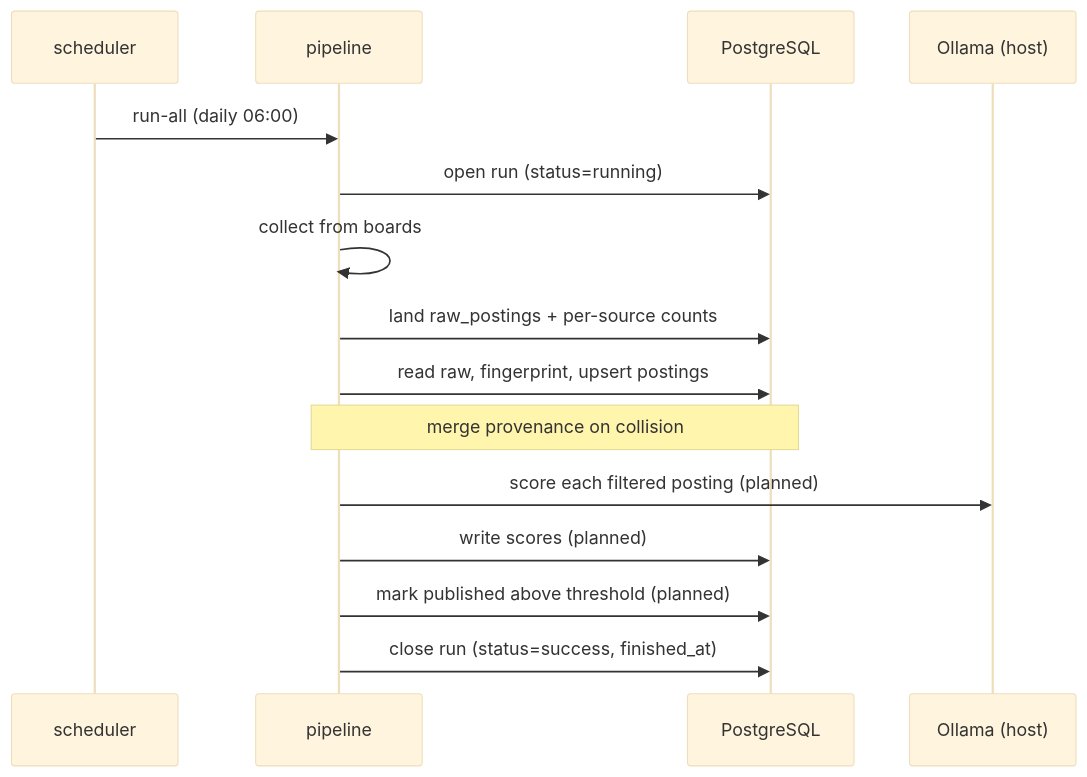
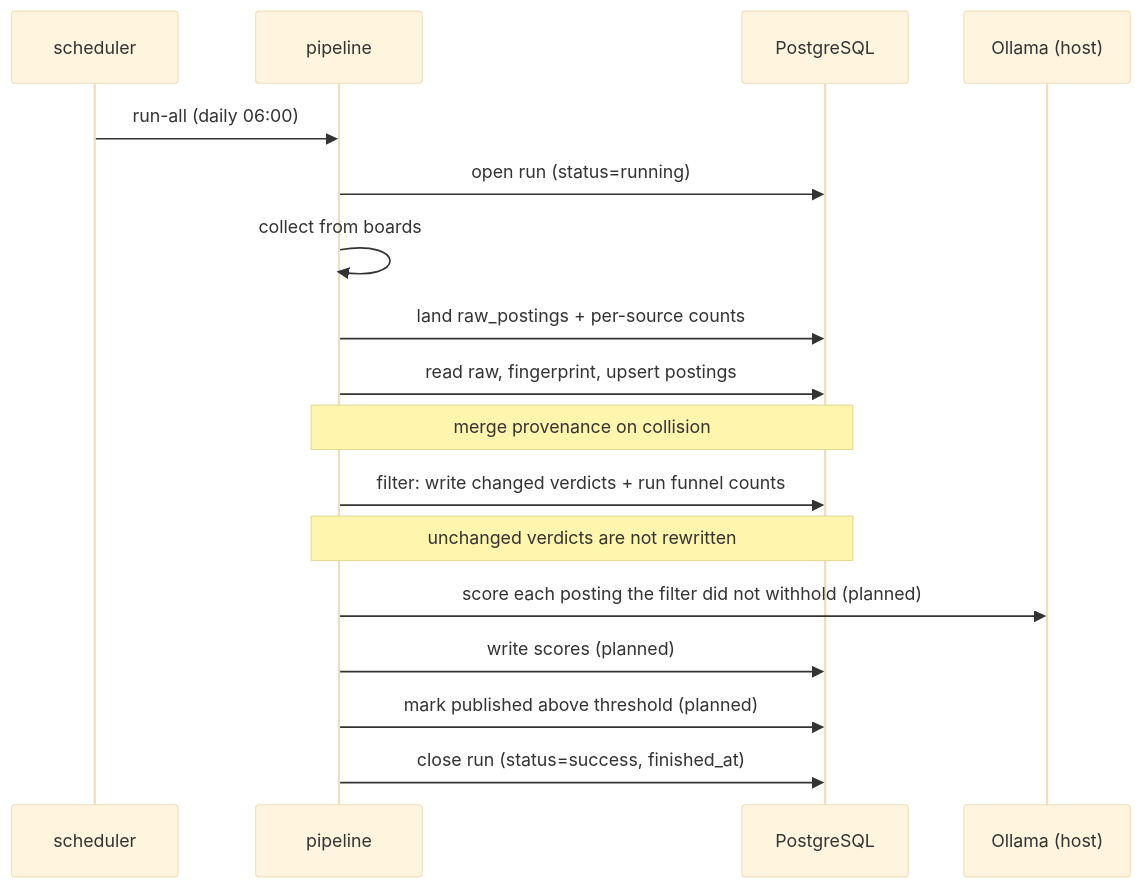
The second of 2 diagrams in Docs/design/system-architecture.md (MoKenawy/Automatic-Job-search), drawn with Mermaid (base theme) before and after one commit. The commit also changed other lines of this file and 4 other files, not shown here.

First line of the commit message:
docs: document the filter stage in the README and architecture

````diff
--- a/Docs/design/system-architecture.md
+++ b/Docs/design/system-architecture.md
@@ -238,18 +312,20 @@
 ```mermaid
 sequenceDiagram
     participant Sch as scheduler
     participant P as pipeline
     participant DB as PostgreSQL
     participant OL as Ollama (host)
 
     Sch->>P: run-all (daily 06:00)
     P->>DB: open run (status=running)
     P->>P: collect from boards
     P->>DB: land raw_postings + per-source counts
     P->>DB: read raw, fingerprint, upsert postings
     Note over P,DB: merge provenance on collision
-    P->>OL: score each filtered posting (planned)
+    P->>DB: filter: write changed verdicts + run funnel counts
+    Note over P,DB: unchanged verdicts are not rewritten
+    P->>OL: score each posting the filter did not withhold (planned)
     P->>DB: write scores (planned)
     P->>DB: mark published above threshold (planned)
     P->>DB: close run (status=success, finished_at)
 ```
````
